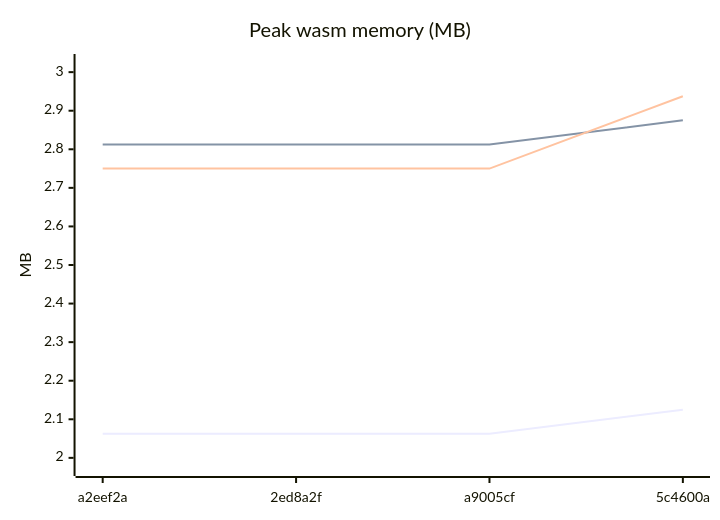
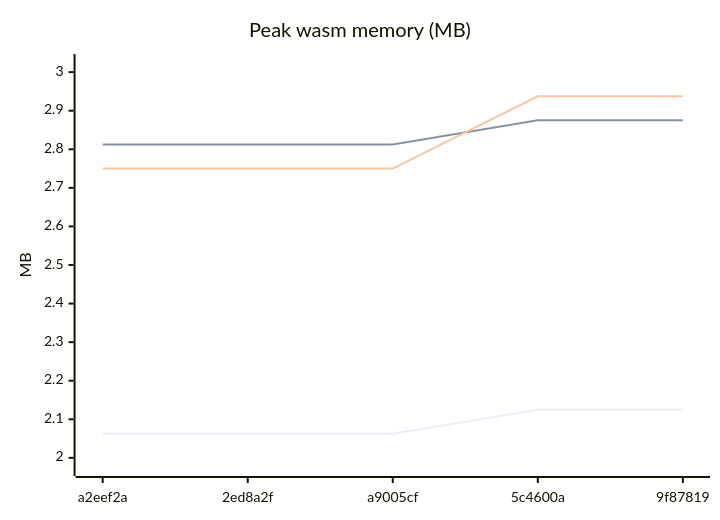
The seventh of 7 diagrams in CHART.md (Karakatiza666/roc-cloudflare-workers), drawn with Mermaid before and after one commit. The commit also changed other lines of this file and 2 other files, not shown here.

````diff
--- a/CHART.md
+++ b/CHART.md
@@ -101,9 +101,9 @@
 ```mermaid
 xychart-beta
     title "Peak wasm memory (MB)"
-    x-axis ["a2eef2a", "2ed8a2f", "a9005cf", "5c4600a"]
+    x-axis ["a2eef2a", "2ed8a2f", "a9005cf", "5c4600a", "9f87819"]
     y-axis "MB" 1.975 --> 3.025
-    line [2.0625, 2.0625, 2.0625, 2.125]
-    line [2.8125, 2.8125, 2.8125, 2.875]
-    line [2.75, 2.75, 2.75, 2.9375]
+    line [2.0625, 2.0625, 2.0625, 2.125, 2.125]
+    line [2.8125, 2.8125, 2.8125, 2.875, 2.875]
+    line [2.75, 2.75, 2.75, 2.9375, 2.9375]
 ```
````
